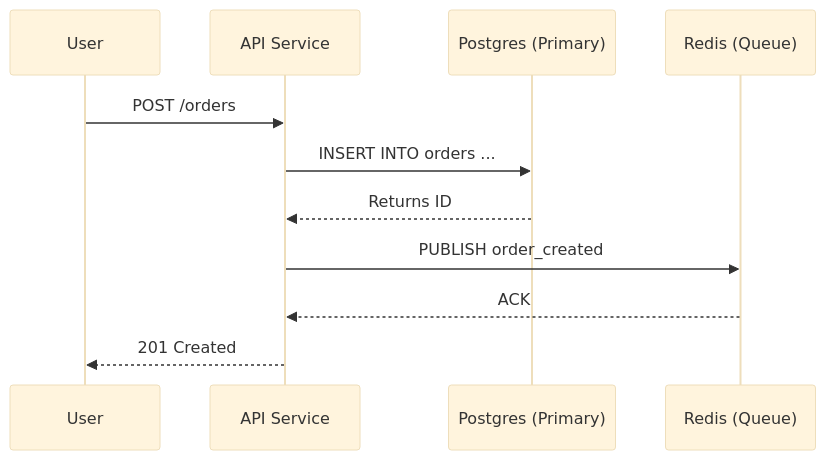
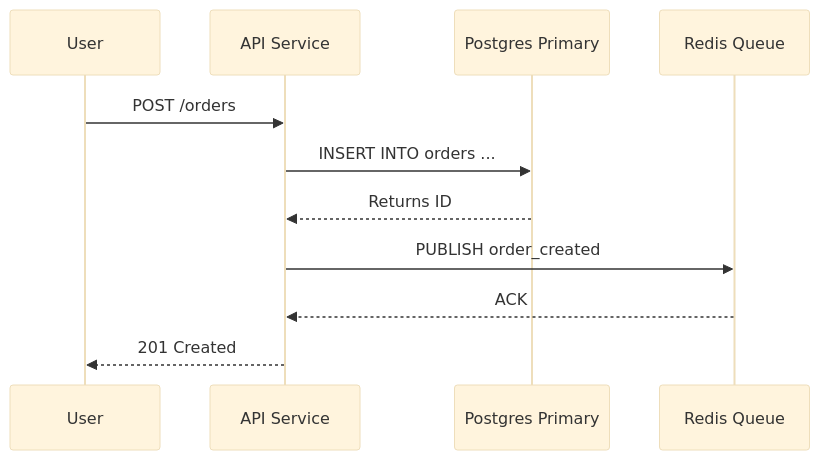
Before and after one commit to govinda777/poc-nomad: the third of 4 diagrams in docs/ARCHITECTURE.md, drawn with Mermaid (base theme).

Commit message:
Fix formatting in architecture diagram

````diff
--- a/docs/ARCHITECTURE.md
+++ b/docs/ARCHITECTURE.md
@@ -93,14 +93,14 @@
 ```mermaid
 sequenceDiagram
     participant User
     participant API as API Service
-    participant DB as Postgres (Primary)
-    participant Redis as Redis (Queue)
+    participant DB as Postgres Primary
+    participant Redis as Redis Queue
 
     User->>API: POST /orders
     API->>DB: INSERT INTO orders ...
     DB-->>API: Returns ID
     API->>Redis: PUBLISH order_created
     Redis-->>API: ACK
     API-->>User: 201 Created
 ```
````
